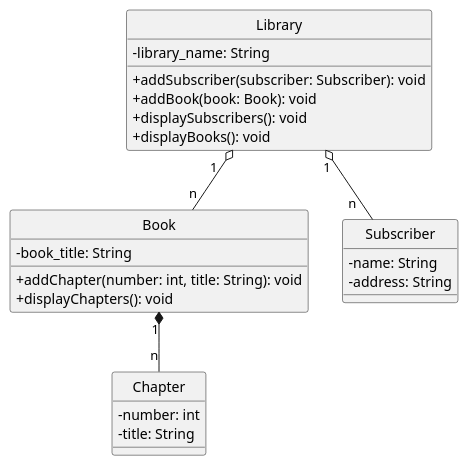
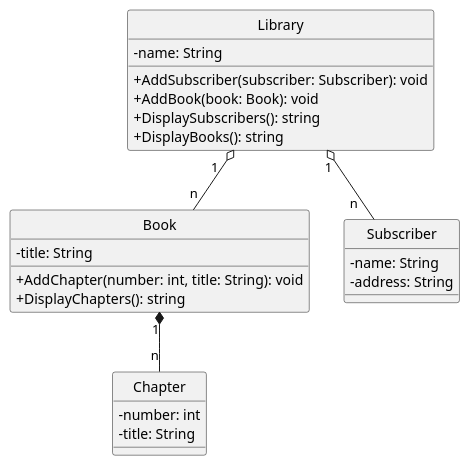
Before and after one commit to qlurkin/qlurkin.github.io: the diagram in docs/courses/poo/labs/lab1/index.md, drawn with PlantUML. The commit also changed other lines of this file and 5 other files, not shown here.

````diff
--- a/docs/courses/poo/labs/lab1/index.md
+++ b/docs/courses/poo/labs/lab1/index.md
@@ -60,34 +106,34 @@
 ```plantuml {.build}
 @startuml
 hide circle
 skinparam classAttributeIconSize 0
 class Library {
-    - library_name: String
-    + addSubscriber(subscriber: Subscriber): void
-    + addBook(book: Book): void
-    + displaySubscribers(): void
-    + displayBooks(): void
+    - name: String
+    + AddSubscriber(subscriber: Subscriber): void
+    + AddBook(book: Book): void
+    + DisplaySubscribers(): string
+    + DisplayBooks(): string
 }
 
 class Book {
-    - book_title: String
-    + addChapter(number: int, title: String): void
-    + displayChapters(): void
+    - title: String
+    + AddChapter(number: int, title: String): void
+    + DisplayChapters(): string
 }
 
 class Chapter {
     - number: int
     - title: String
 }
 
 class Subscriber {
     - name: String
     - address: String
 }
 
 Library "1   " o-- "n" Book
 Book "1" *-- "n" Chapter
 Library "1" o-- "n   " Subscriber
 
 @enduml
 ```
````
